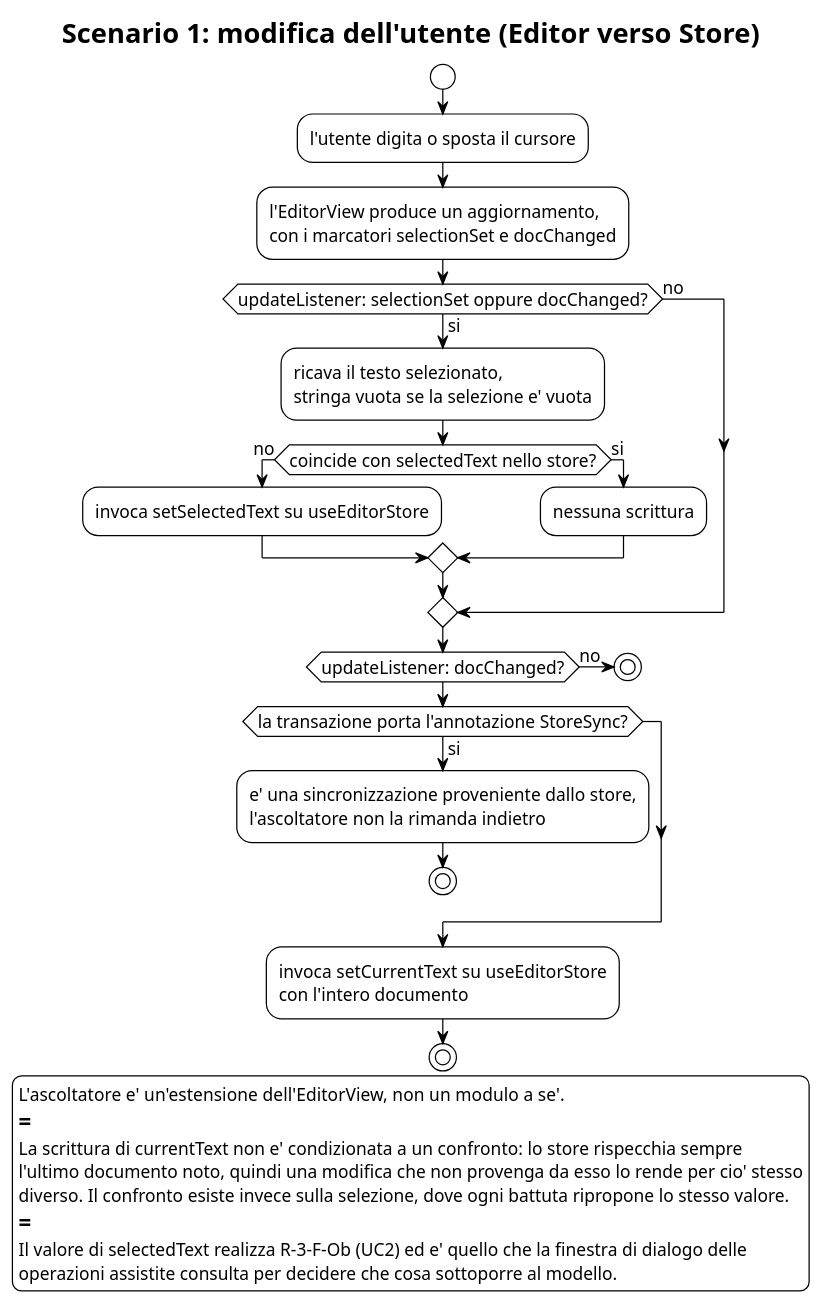
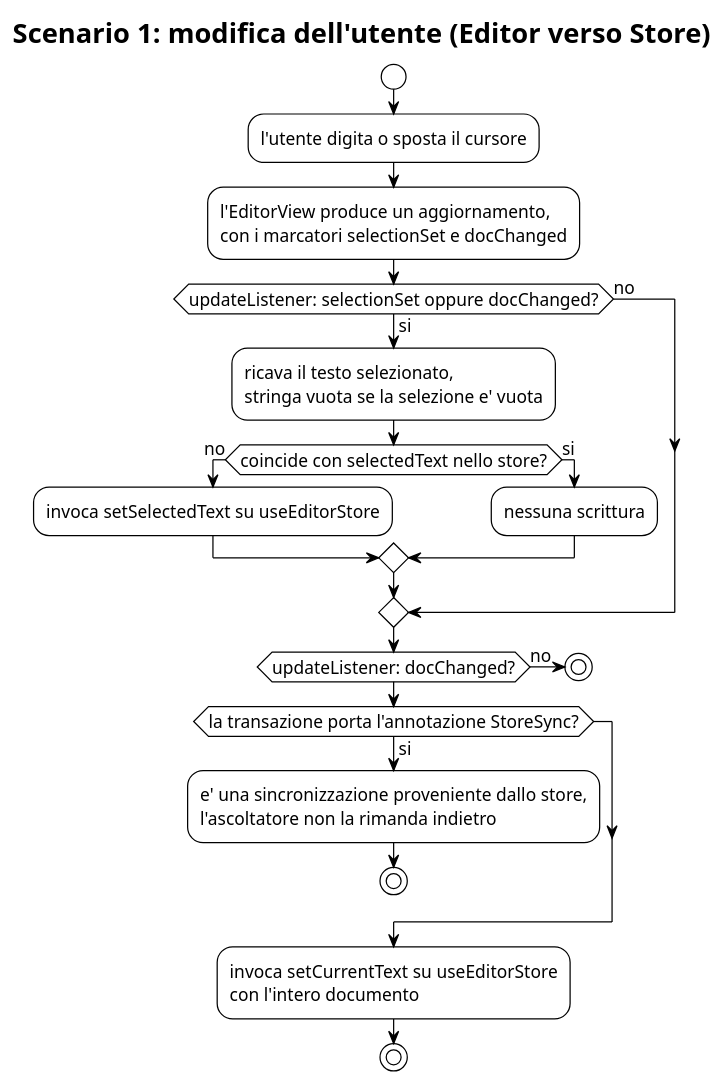
Before and after one commit to thebitless-group-swe/thebitless.github.io: the diagram in PB/doc_esterna/specifica_tecnica/assets/plantuml/UML3.3.4-1.puml, drawn with PlantUML. The commit also changed 35 other files, not shown here.

```diff
--- a/PB/doc_esterna/specifica_tecnica/assets/plantuml/UML3.3.4-1.puml
+++ b/PB/doc_esterna/specifica_tecnica/assets/plantuml/UML3.3.4-1.puml
@@ -1,49 +1,38 @@
 @startuml
 !theme plain
 skinparam shadowing false
 skinparam defaultFontSize 14
 
 title Scenario 1: modifica dell'utente (Editor verso Store)
 
 start
 :l'utente digita o sposta il cursore;
 :l'EditorView produce un aggiornamento,
 con i marcatori selectionSet e docChanged;
 
 if (updateListener: selectionSet oppure docChanged?) then (si)
   :ricava il testo selezionato,
   stringa vuota se la selezione e' vuota;
   if (coincide con selectedText nello store?) then (no)
     :invoca setSelectedText su useEditorStore;
   else (si)
     :nessuna scrittura;
   endif
 else (no)
 endif
 
 if (updateListener: docChanged?) then (no)
   stop
 endif
 
 if (la transazione porta l'annotazione StoreSync?) then (si)
   :e' una sincronizzazione proveniente dallo store,
   l'ascoltatore non la rimanda indietro;
   stop
 endif
 
 :invoca setCurrentText su useEditorStore
 con l'intero documento;
 stop
 
-legend bottom
-  L'ascoltatore e' un'estensione dell'EditorView, non un modulo a se'.
-  ==
-  La scrittura di currentText non e' condizionata a un confronto: lo store rispecchia sempre
-  l'ultimo documento noto, quindi una modifica che non provenga da esso lo rende per cio' stesso
-  diverso. Il confronto esiste invece sulla selezione, dove ogni battuta ripropone lo stesso valore.
-  ==
-  Il valore di selectedText realizza R-3-F-Ob (UC2) ed e' quello che la finestra di dialogo delle
-  operazioni assistite consulta per decidere che cosa sottoporre al modello.
-endlegend
-
 @enduml
```
